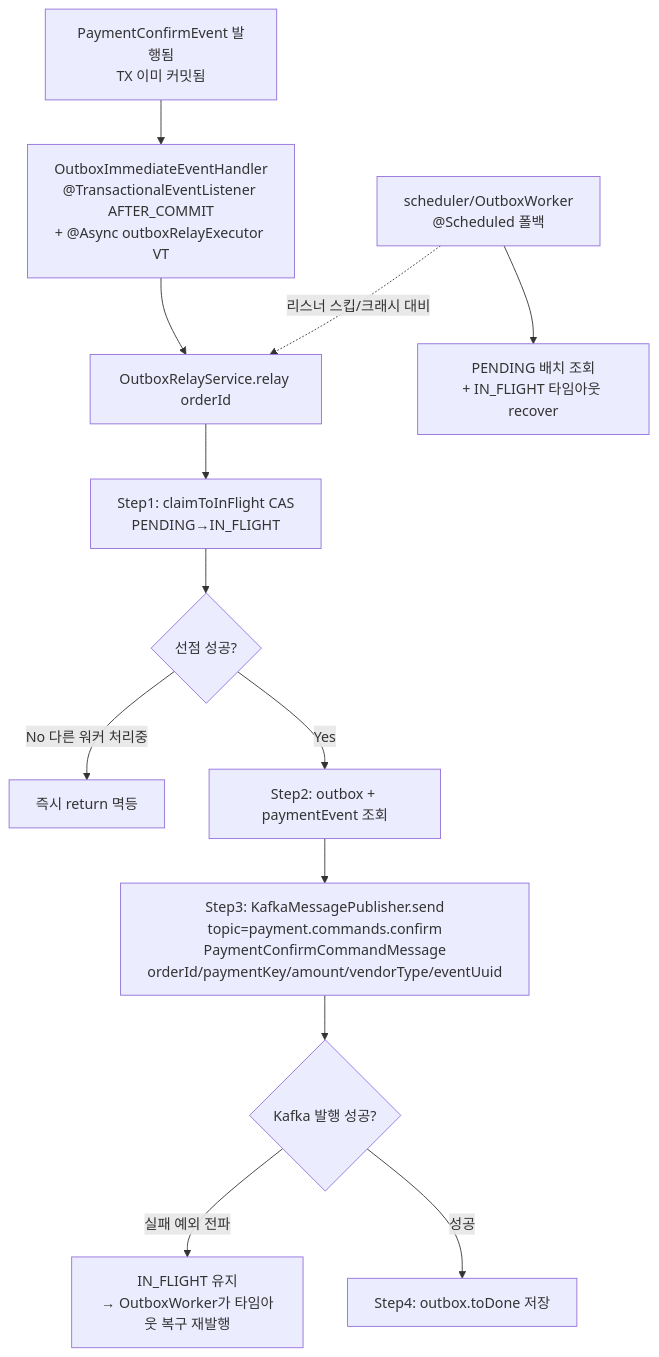
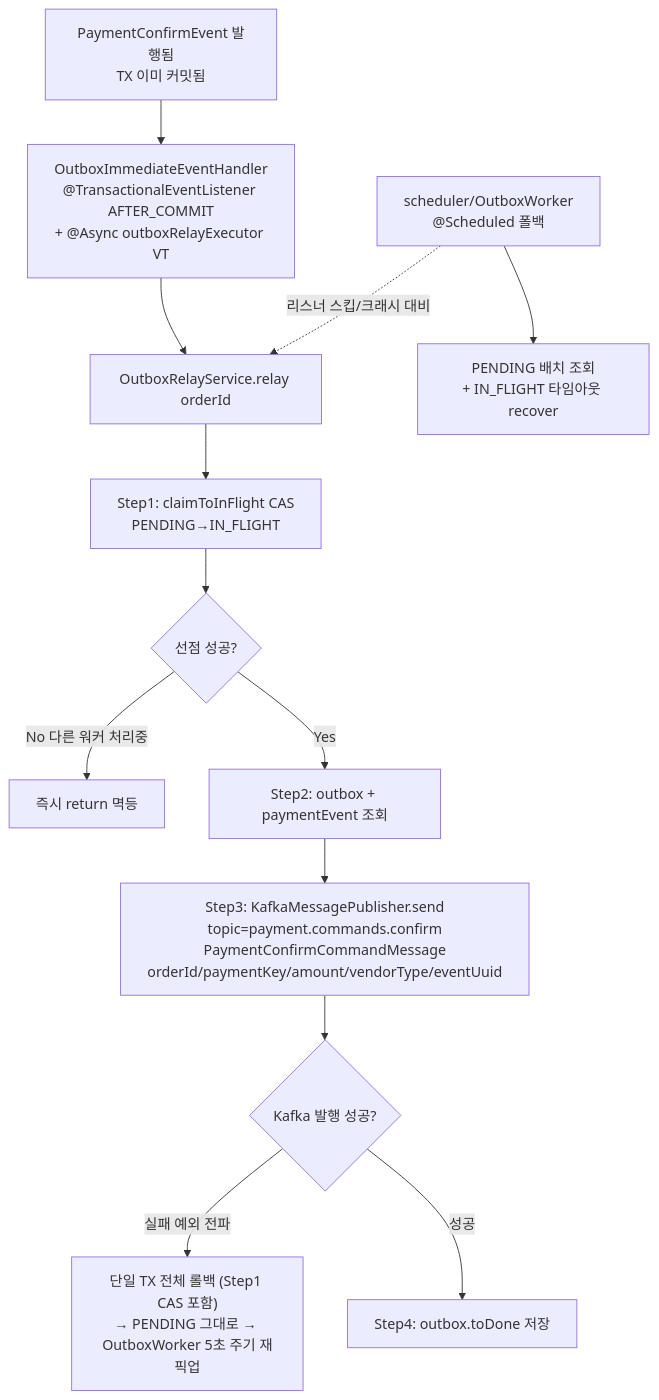
Before and after one commit to hyoguoo/payment-platform: the third of 10 diagrams in docs/context/PAYMENT-FLOW.md, drawn with Mermaid. The commit also changed other lines of this file and 4 other files, not shown here.

````diff
--- a/docs/context/PAYMENT-FLOW.md
+++ b/docs/context/PAYMENT-FLOW.md
@@ -58,16 +58,16 @@
 ```mermaid
 flowchart TD
     N["PaymentConfirmEvent 발행됨<br/>TX 이미 커밋됨"] --> Q["OutboxImmediateEventHandler<br/>@TransactionalEventListener AFTER_COMMIT<br/>+ @Async outboxRelayExecutor VT"]
     Q --> R["OutboxRelayService.relay orderId"]
     R --> R1["Step1: claimToInFlight CAS<br/>PENDING→IN_FLIGHT"]
     R1 --> R2{"선점 성공?"}
     R2 -->|No 다른 워커 처리중| R2a["즉시 return 멱등"]
     R2 -->|Yes| R3["Step2: outbox + paymentEvent 조회"]
     R3 --> R4["Step3: KafkaMessagePublisher.send<br/>topic=payment.commands.confirm<br/>PaymentConfirmCommandMessage<br/>orderId/paymentKey/amount/vendorType/eventUuid"]
     R4 --> R5{"Kafka 발행 성공?"}
-    R5 -->|실패 예외 전파| R5a["IN_FLIGHT 유지<br/>→ OutboxWorker가 타임아웃 복구 재발행"]
+    R5 -->|실패 예외 전파| R5a["단일 TX 전체 롤백 (Step1 CAS 포함)<br/>→ PENDING 그대로 → OutboxWorker 5초 주기 재픽업"]
     R5 -->|성공| R6["Step4: outbox.toDone 저장"]
 
     S["scheduler/OutboxWorker<br/>@Scheduled 폴백"] -.->|"리스너 스킵/크래시 대비"| R
     S --> S1["PENDING 배치 조회<br/>+ IN_FLIGHT 타임아웃 recover"]
 ```
````
